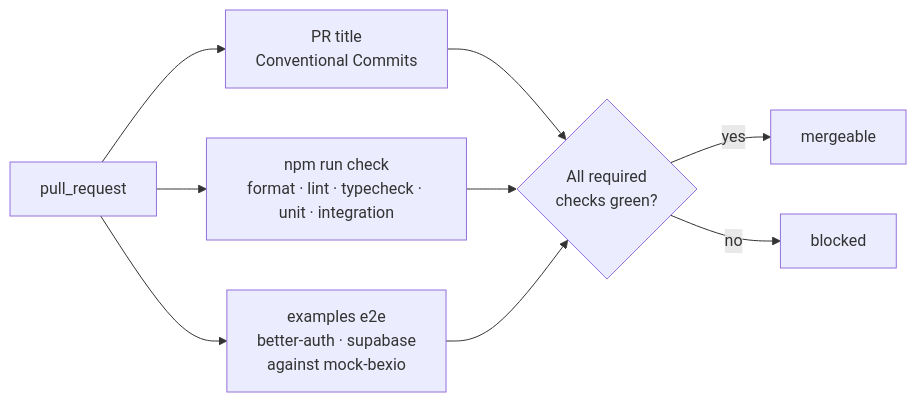
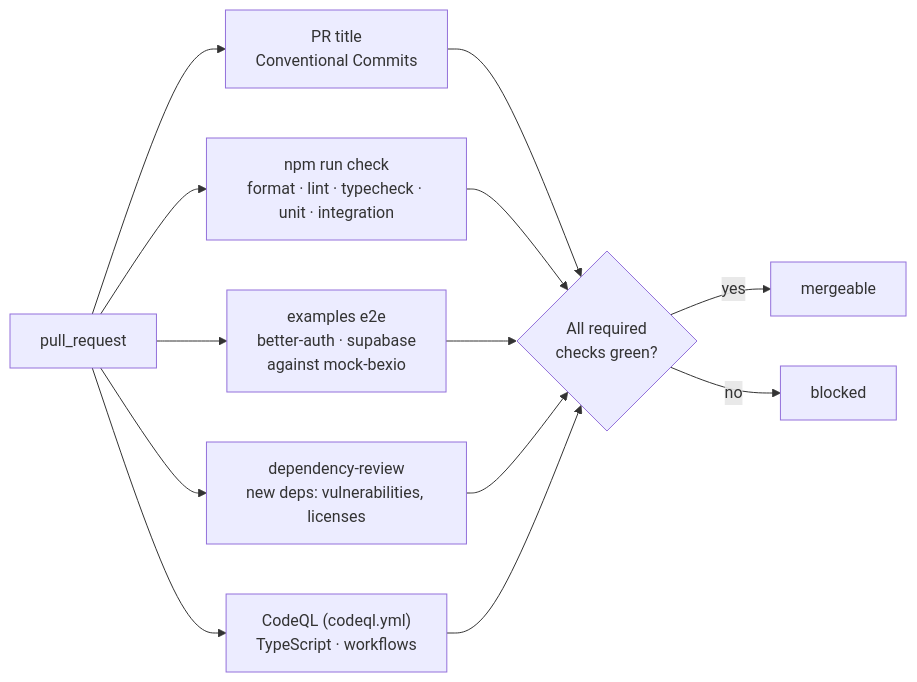
One commit to SoulcodeAgency/bexio-oauth changed the second of 5 diagrams in docs/development.md. Above: the diagram before and after it, drawn with Mermaid. The commit also changed other lines of this file and 47 other files, not shown here.

````diff
--- a/docs/development.md
+++ b/docs/development.md
@@ -101,9 +103,11 @@
 ```mermaid
 flowchart LR
     PR["pull_request"] --> T["PR title<br/>Conventional Commits"]
     PR --> E["examples e2e<br/>better-auth · supabase<br/>against mock-bexio"]
     PR --> C["npm run check<br/>format · lint · typecheck · unit · integration"]
-    T & C & E --> R{"All required<br/>checks green?"}
+    PR --> D["dependency-review<br/>new deps: vulnerabilities, licenses"]
+    PR --> Q["CodeQL (codeql.yml)<br/>TypeScript · workflows"]
+    T & C & E & D & Q --> R{"All required<br/>checks green?"}
     R -->|yes| M["mergeable"]
     R -->|no| X["blocked"]
 ```
````
